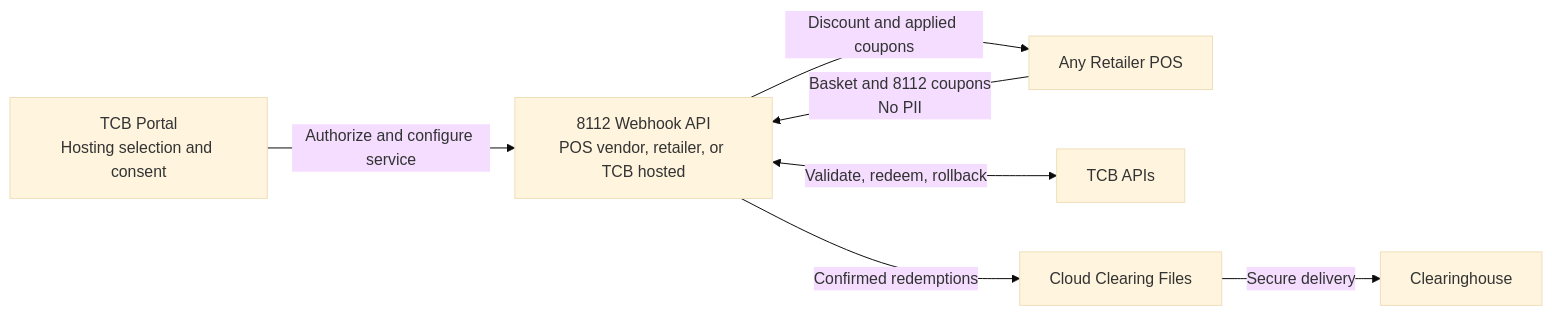
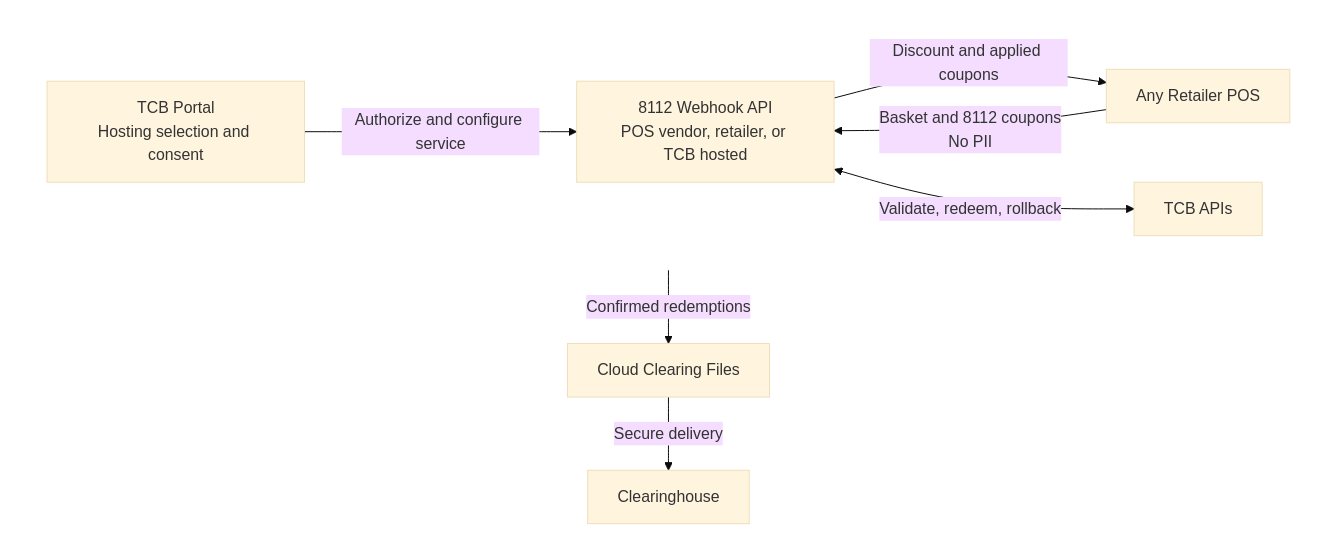
The first of 2 diagrams in pos_webhook/IntegrationGuide.md (TheCouponBureau-org/basket-validation-function), drawn with Mermaid (base theme) before and after one commit.

````diff
--- a/pos_webhook/IntegrationGuide.md
+++ b/pos_webhook/IntegrationGuide.md
@@ -24,16 +24,23 @@
 ```mermaid
-flowchart LR
-    Portal[TCB Portal<br/>Hosting selection and consent]
-    POS[Any Retailer POS]
-    Webhook[8112 Webhook API<br/>POS vendor, retailer, or TCB hosted]
-    TCB[TCB APIs]
+flowchart TB
+    subgraph Services[ ]
+        direction LR
+        Portal[TCB Portal<br/>Hosting selection and consent]
+        Webhook[8112 Webhook API<br/>POS vendor, retailer, or TCB hosted]
+        POS[Any Retailer POS]
+        TCB[TCB APIs]
+
+        Portal -->|Authorize and configure service| Webhook
+        POS -->|Basket and 8112 coupons<br/>No PII| Webhook
+        Webhook -->|Discount and applied coupons| POS
+        Webhook <-->|Validate, redeem, rollback| TCB
+    end
+
     Files[Cloud Clearing Files]
     Clearinghouse[Clearinghouse]
 
-    Portal -->|Authorize and configure service| Webhook
-    POS -->|Basket and 8112 coupons<br/>No PII| Webhook
-    Webhook -->|Discount and applied coupons| POS
-    Webhook <-->|Validate, redeem, rollback| TCB
     Webhook -->|Confirmed redemptions| Files
     Files -->|Secure delivery| Clearinghouse
+
+    style Services fill:none,stroke:none
 ```
````
